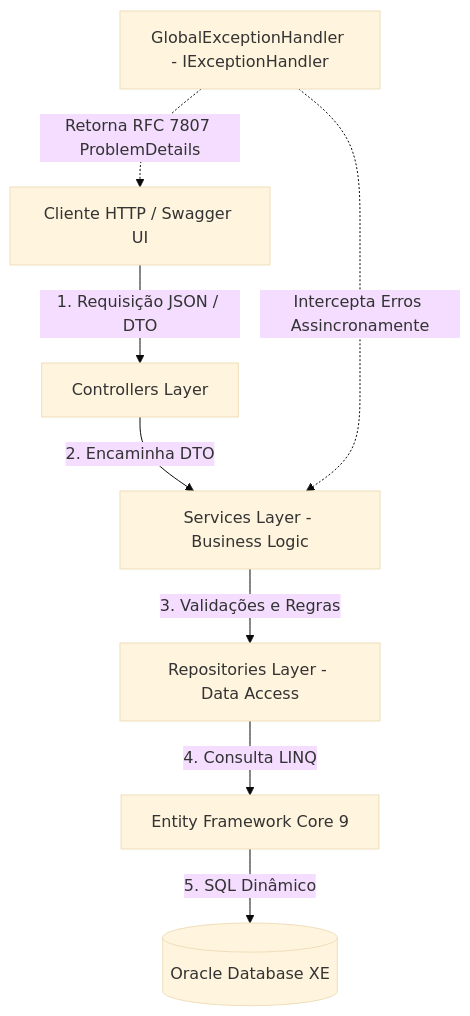
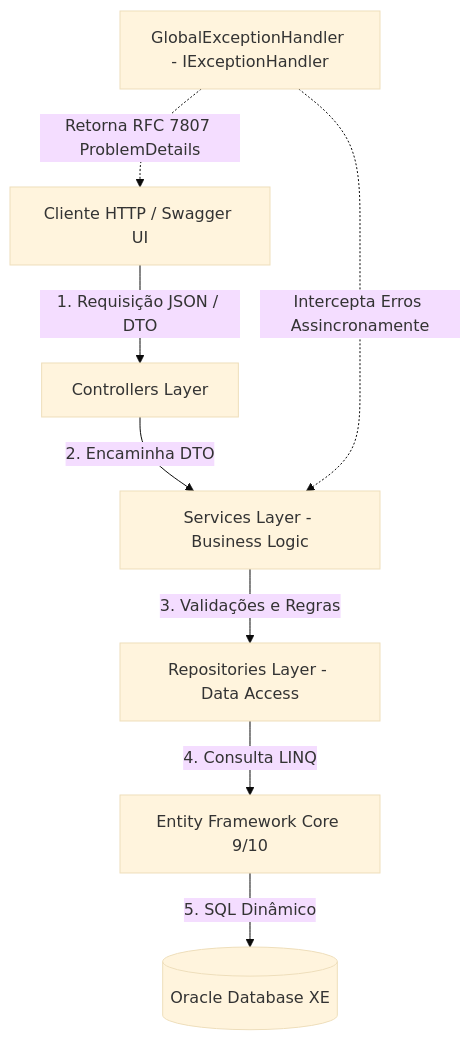
One commit to gabriel-g-dev/ClyvoVetApi changed the diagram in README.md. Above: the diagram before and after it, drawn with Mermaid (base theme). The commit also changed other lines of this file, not shown here.

````diff
--- a/README.md
+++ b/README.md
@@ -29,12 +29,12 @@
 ```mermaid
 graph TD
     Client[Cliente HTTP / Swagger UI] -->|1. Requisição JSON / DTO| Controller[Controllers Layer]
     Controller -->|2. Encaminha DTO| Service[Services Layer - Business Logic]
     Service -->|3. Validações e Regras| Repositories[Repositories Layer - Data Access]
-    Repositories -->|4. Consulta LINQ| EF[Entity Framework Core 9]
+    Repositories -->|4. Consulta LINQ| EF[Entity Framework Core 9/10]
     EF -->|5. SQL Dinâmico| DB[(Oracle Database XE)]
     
     %% Interceptação de Erros
     ErrorInterceptor[GlobalExceptionHandler - IExceptionHandler] -.->|Intercepta Erros Assincronamente| Service
     ErrorInterceptor -.->|Retorna RFC 7807 ProblemDetails| Client
 ```
````
